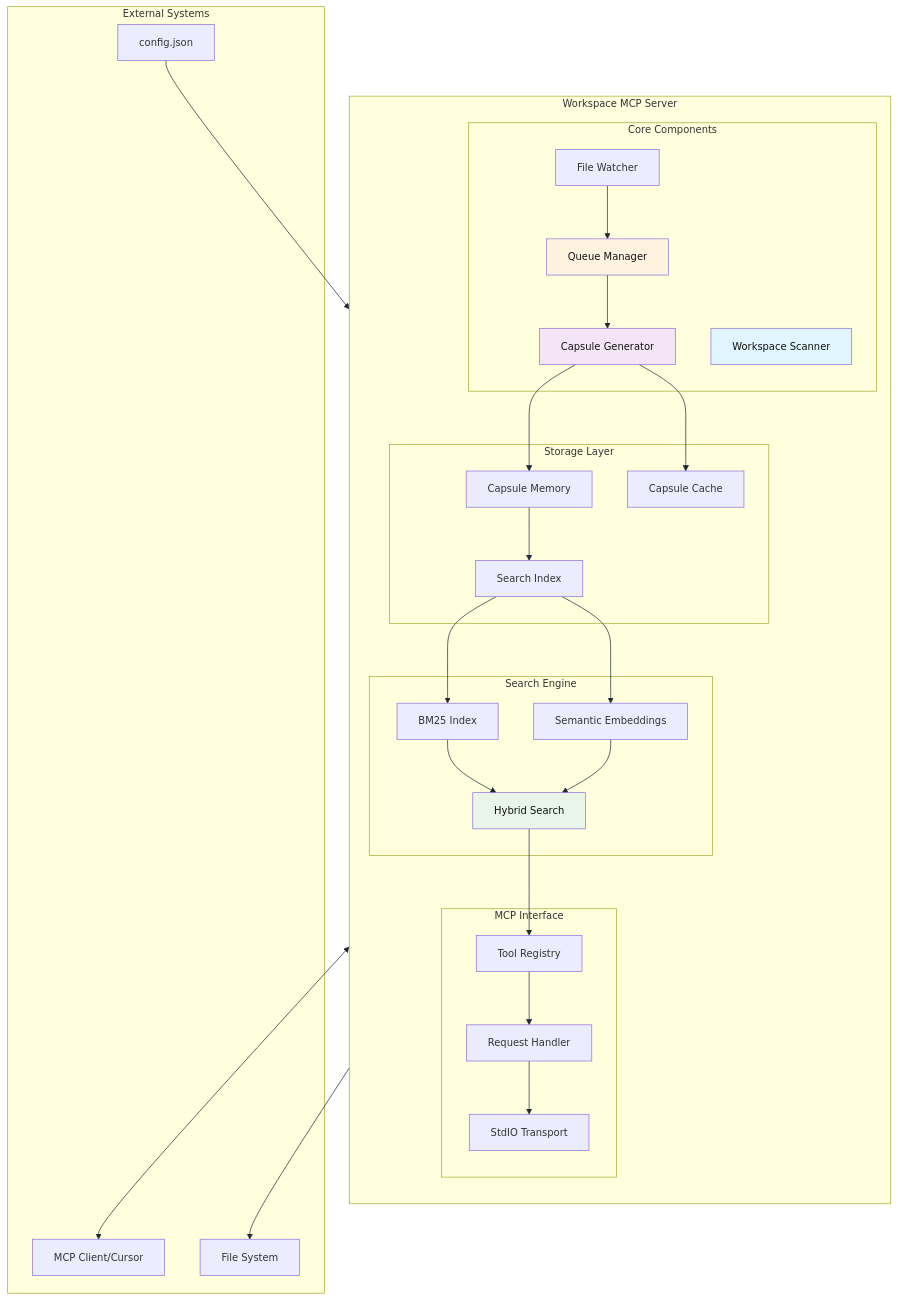
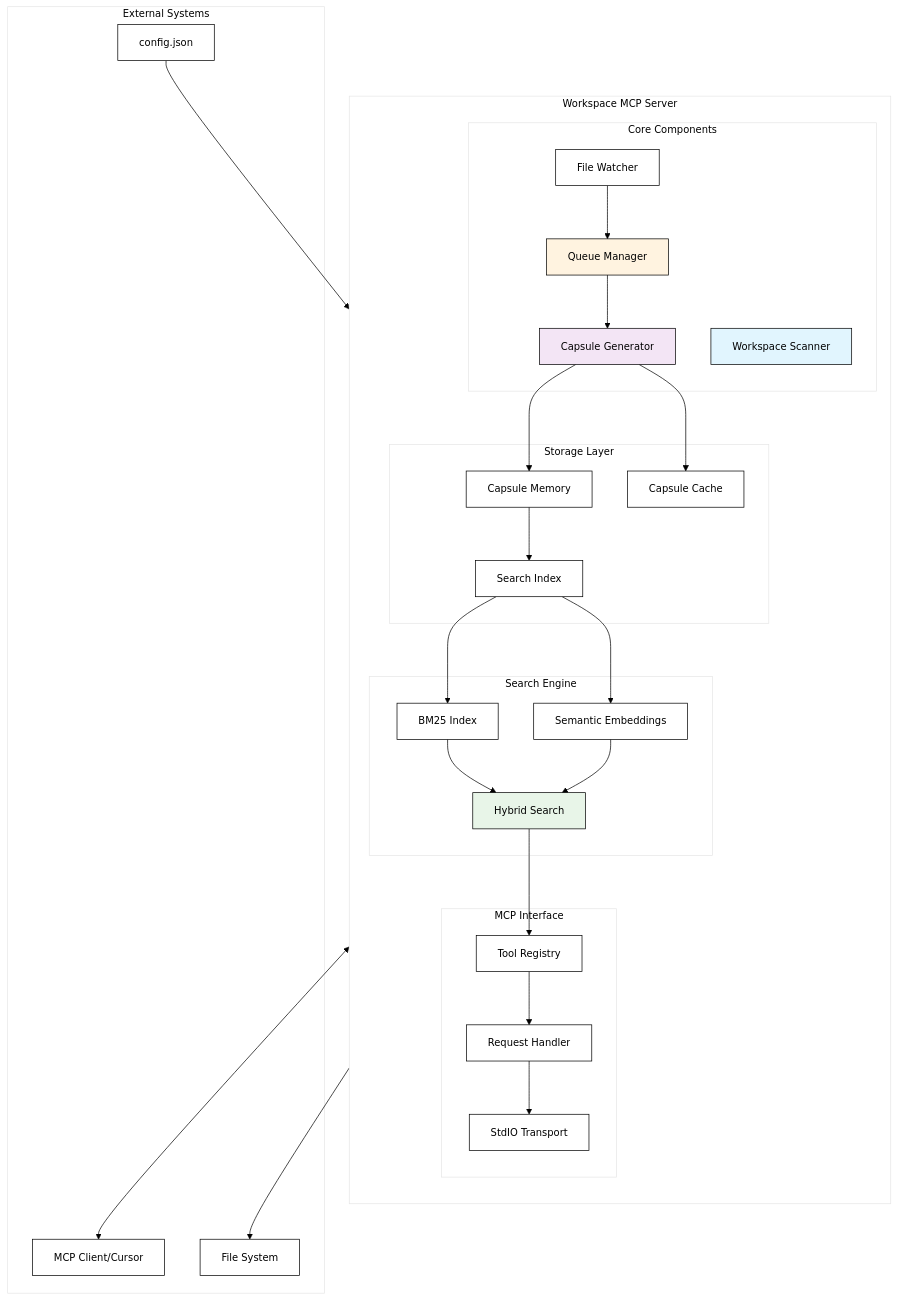
Before and after one commit to atifshafi/workspace-mcp: the first of 4 diagrams in README.md, drawn with Mermaid. The commit also changed other lines of this file, not shown here.

````diff
--- a/README.md
+++ b/README.md
@@ -46,59 +46,59 @@
 ```mermaid
-%%{init: {"theme": "default", "themeVariables": {"primaryTextColor": "#111111", "secondaryTextColor": "#111111", "tertiaryTextColor": "#111111", "lineColor": "#1f2937", "fontSize": "14px"}} }%%
+%%{init: {"theme": "base", "themeVariables": {"primaryColor": "#ffffff", "primaryTextColor": "#000000", "primaryBorderColor": "#000000", "lineColor": "#000000", "secondaryColor": "#f0f0f0", "tertiaryColor": "#ffffff", "background": "#ffffff", "mainBkg": "#ffffff", "secondaryTextColor": "#000000", "tertiaryTextColor": "#000000", "fontSize": "14px"}} }%%
 graph TB
     subgraph "Workspace MCP Server"
         direction TB
         
         subgraph "Core Components"
             WS[Workspace Scanner]
             CG[Capsule Generator]
             QM[Queue Manager]
             FS[File Watcher]
         end
         
         subgraph "Storage Layer"
             CM[Capsule Memory]
             CC[Capsule Cache]
             SI[Search Index]
         end
         
         subgraph "Search Engine"
             BM[BM25 Index]
             SE[Semantic Embeddings]
             HS[Hybrid Search]
         end
         
         subgraph "MCP Interface"
             TR[Tool Registry]
             RH[Request Handler]
             ST[StdIO Transport]
         end
     end
     
     subgraph "External Systems"
         CLIENT[MCP Client/Cursor]
         WORKSPACE[File System]
         CONFIG[config.json]
     end
     
     WS --> WORKSPACE
     CG --> CM
     CG --> CC
     QM --> CG
     FS --> QM
     CM --> SI
     SI --> BM
     SI --> SE
     BM --> HS
     SE --> HS
     HS --> TR
     TR --> RH
     RH --> ST
     ST <--> CLIENT
     CONFIG --> WS
     
-    style WS fill:#e1f5fe,color:#111111
-    style CG fill:#f3e5f5,color:#111111
-    style QM fill:#fff3e0,color:#111111
-    style HS fill:#e8f5e8,color:#111111
+    style WS fill:#e1f5fe,color:#000000,stroke:#000000
+    style CG fill:#f3e5f5,color:#000000,stroke:#000000
+    style QM fill:#fff3e0,color:#000000,stroke:#000000
+    style HS fill:#e8f5e8,color:#000000,stroke:#000000
 ```
````
